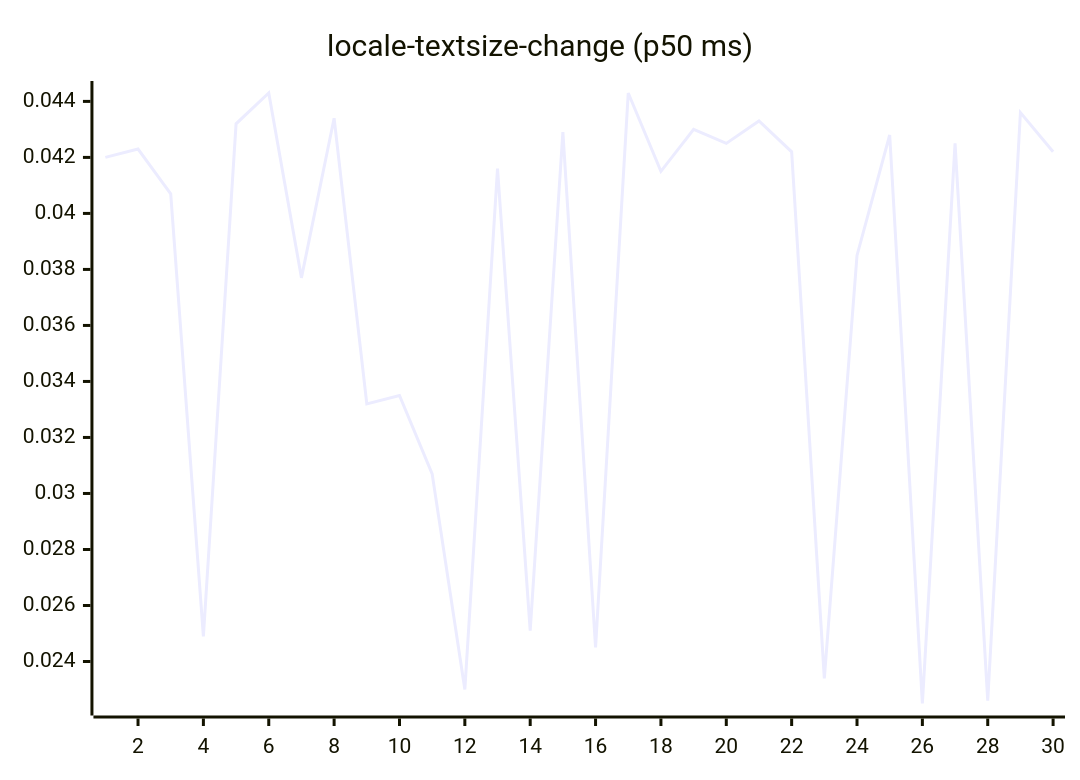
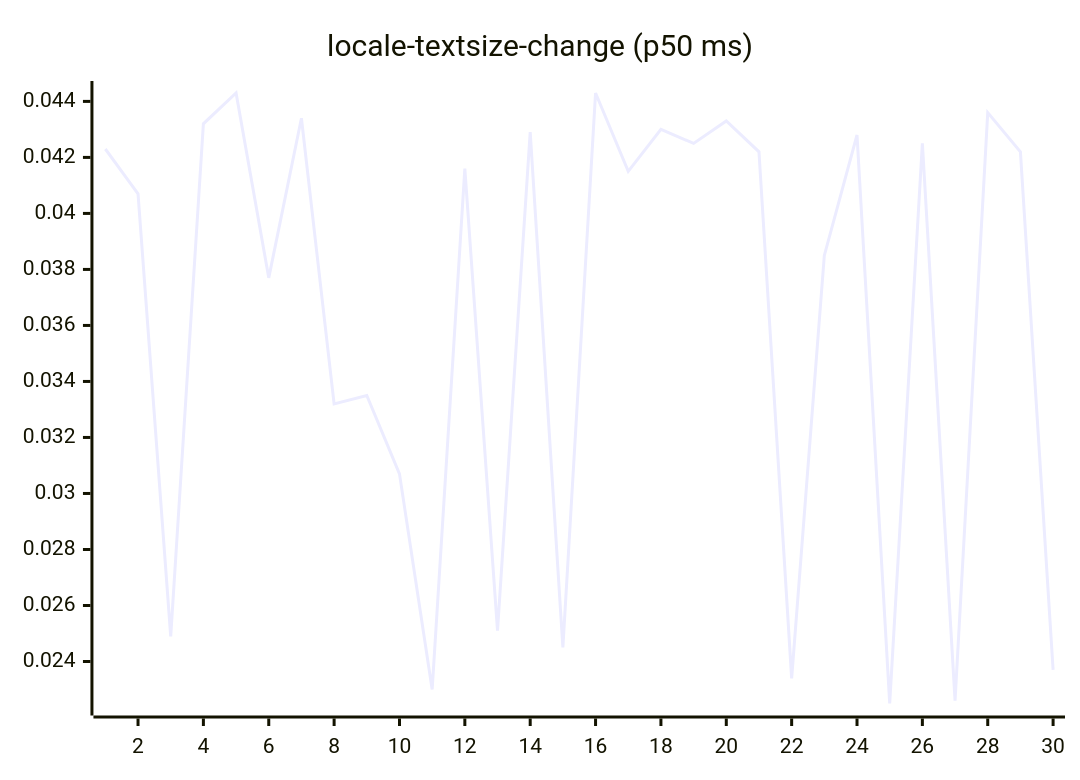
Diagram 13 of 27 in README.md (josha/Facet), drawn with Mermaid before and after one commit. The commit also changed other lines of this file and 2 other files, not shown here.

````diff
--- a/README.md
+++ b/README.md
@@ -147,6 +147,6 @@
 ```mermaid
 xychart-beta
     title "locale-textsize-change (p50 ms)"
     x-axis 1 --> 30
-    line [0.0420, 0.0423, 0.0407, 0.0249, 0.0432, 0.0443, 0.0377, 0.0434, 0.0332, 0.0335, 0.0307, 0.0230, 0.0416, 0.0251, 0.0429, 0.0245, 0.0443, 0.0415, 0.0430, 0.0425, 0.0433, 0.0422, 0.0234, 0.0385, 0.0428, 0.0225, 0.0425, 0.0226, 0.0436, 0.0422]
+    line [0.0423, 0.0407, 0.0249, 0.0432, 0.0443, 0.0377, 0.0434, 0.0332, 0.0335, 0.0307, 0.0230, 0.0416, 0.0251, 0.0429, 0.0245, 0.0443, 0.0415, 0.0430, 0.0425, 0.0433, 0.0422, 0.0234, 0.0385, 0.0428, 0.0225, 0.0425, 0.0226, 0.0436, 0.0422, 0.0237]
 ```
````
